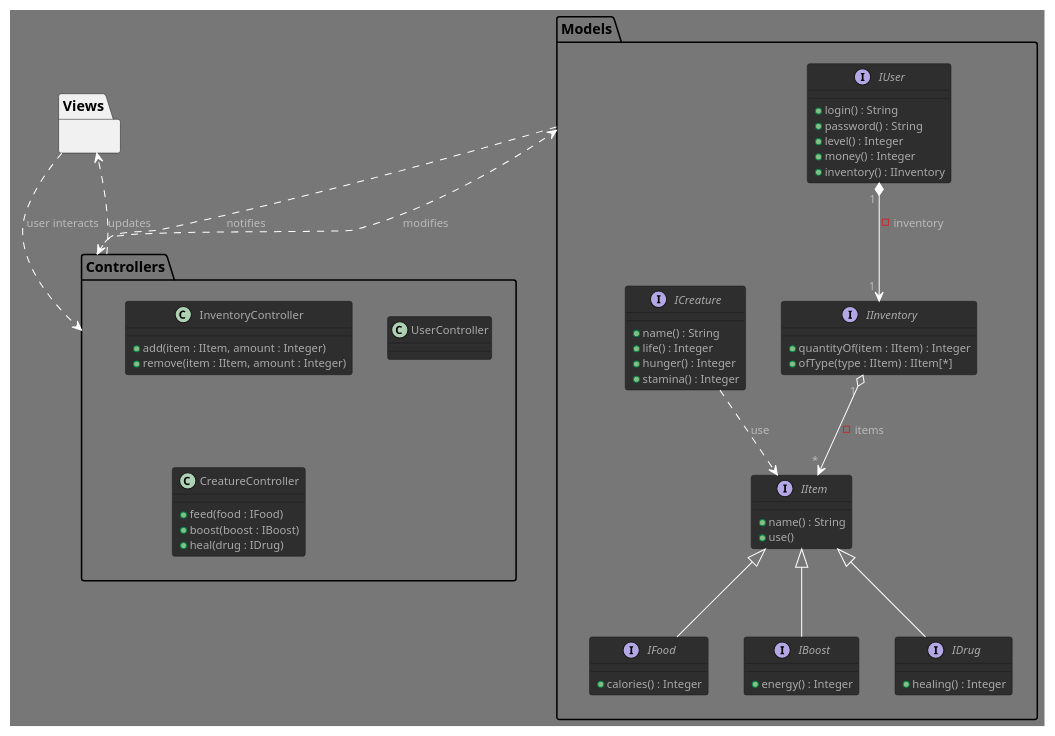
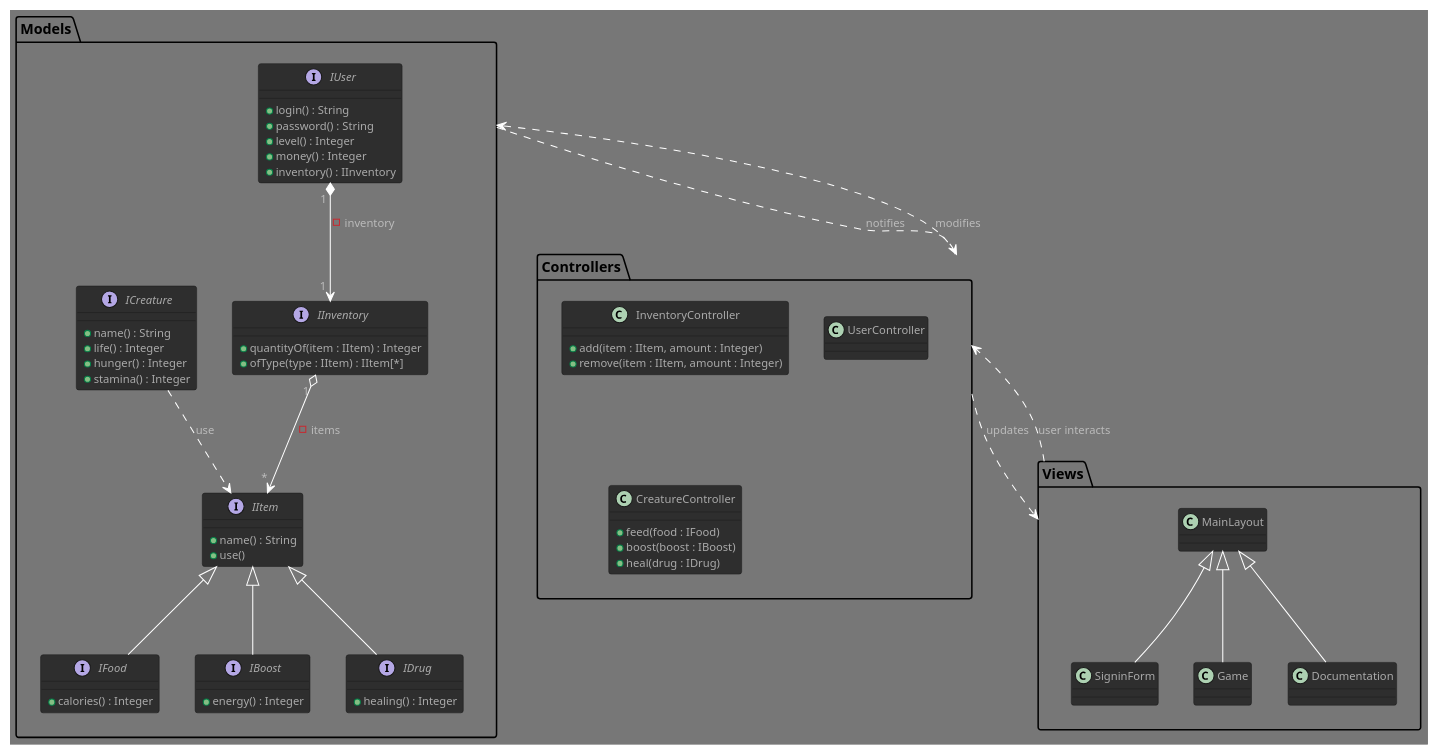
Before and after one commit to GlazKrovi/VirtualNoe: the diagram in VirtualNoe.puml, drawn with PlantUML.

Commit message:
defines menus view

```diff
--- a/VirtualNoe.puml
+++ b/VirtualNoe.puml
@@ -1,93 +1,96 @@
 @startuml VirtualNoe
 
 !theme reddress-darkgreen
 
 package Models
 {
     interface IUser
     {
         + login() : String
         + password() : String
         + level() : Integer
         + money() : Integer
         + inventory() : IInventory
     }
 
     interface IInventory 
     { 
         + quantityOf(item : IItem) : Integer
         + ofType(type : IItem) : IItem[*]
     }
 
     interface IItem
     {
         + name() : String
         + use()
     }
 
     interface IFood implements IItem
     {
         /' number of points added to hunger gauge '/
         + calories() : Integer  
     }
 
     interface IBoost implements IItem
     {
         /' number of points added to stamina gauge '/
         + energy() : Integer
     }
 
     interface IDrug implements IItem
     {
         /' number of points added to life gauge '/
         + healing() : Integer
     }
 
     interface ICreature 
     { 
         + name() : String
         + life() : Integer
         + hunger() : Integer
         + stamina() : Integer
     }
 }
 
 package Controllers 
 { 
     class InventoryController
     {
         + add(item : IItem, amount : Integer) 
         + remove(item : IItem, amount : Integer)
     }
 
     class UserController
     {
         /' TODO - see laravel scaffolding system (make:auth), etc. '/
     }
 
     class CreatureController
     {
         + feed(food : IFood)
         + boost(boost : IBoost)
         + heal(drug : IDrug)
     }
 }
 
 package Views 
 { 
-    
+    class MainLayout
+    class SigninForm extends MainLayout   /' home, index '/
+    class Game extends MainLayout   /' main game window '/
+    class Documentation extends MainLayout   /' tutorial, etc. '/
 }
 
 /' RELATIONS '/
 IUser" 1 " *--> " 1 "IInventory : - inventory
 IInventory" 1 " o--> " * "IItem : - items
 ICreature ..> IItem : use               /' TODO - not sure '/
 
 
 /' MVC '/
 Controllers ..> Models : modifies
 Controllers ..> Views : updates
 Views ..> Controllers : user interacts
 Models ..> Controllers : notifies 
 
 @enduml
```
